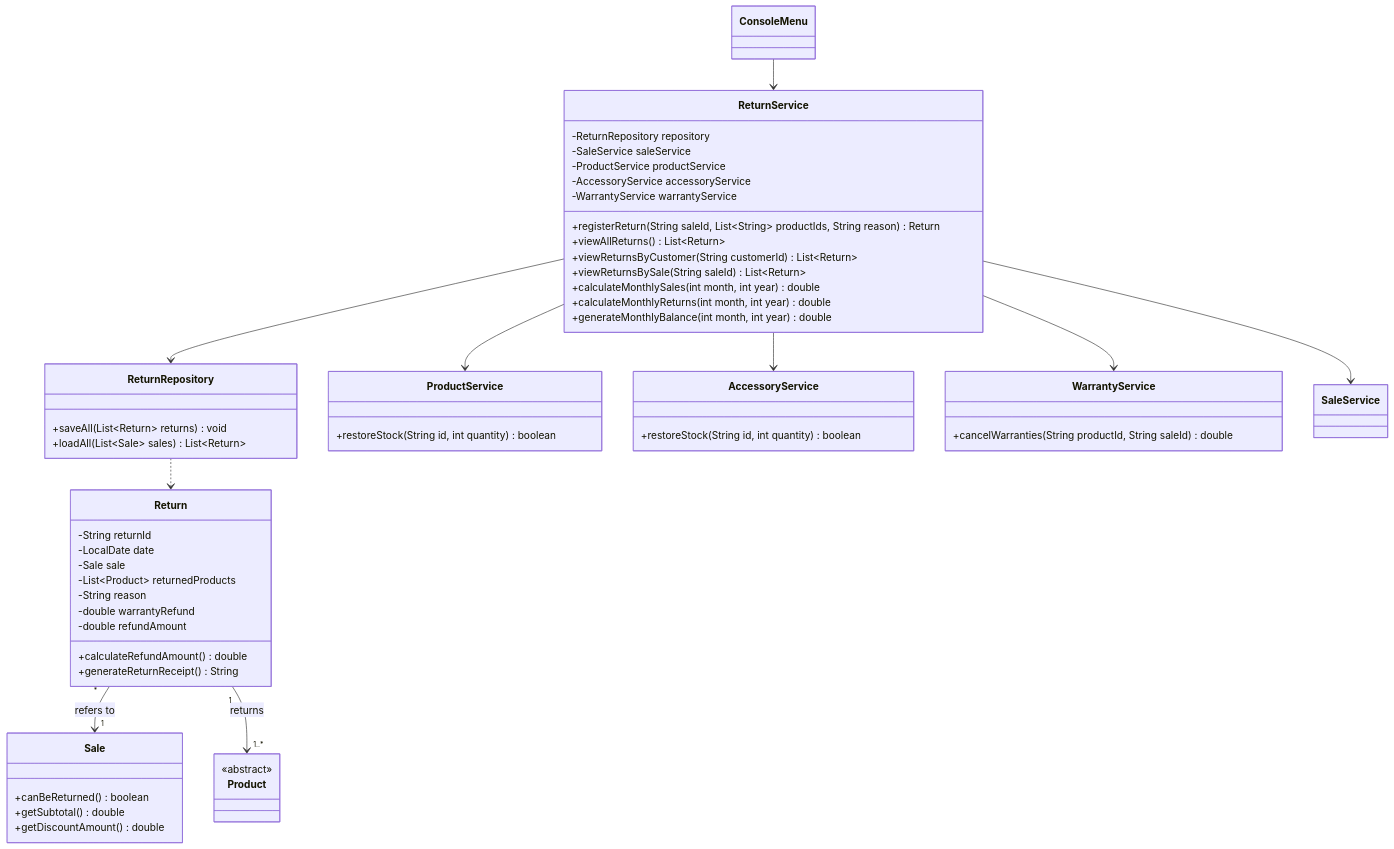
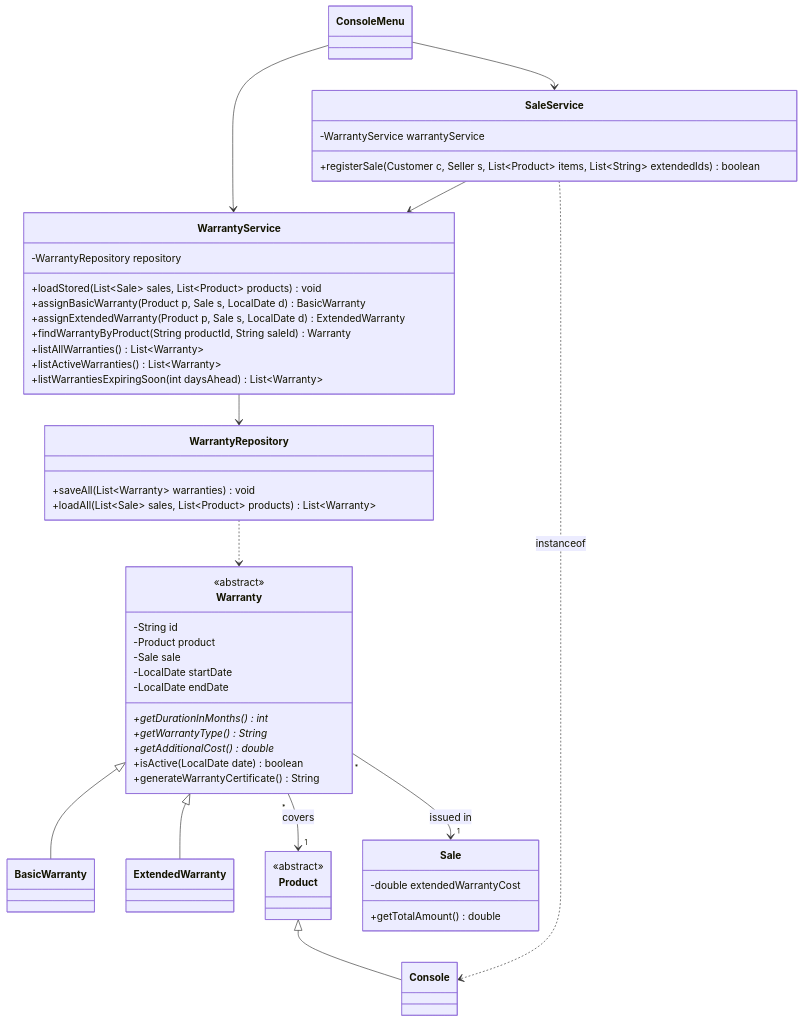
One commit to samueldrangel/GameZoneUnicesar2 changed the diagram in docs/class-diagram.md. Above: the diagram before and after it, drawn with Mermaid.

Commit message:
docs: add Mermaid class diagram for warranty module

````diff
--- a/docs/class-diagram.md
+++ b/docs/class-diagram.md
@@ -1,53 +1,55 @@
 ```mermaid
 classDiagram
-    class Return {
-        -String returnId
-        -LocalDate date
+    class Warranty {
+        <<abstract>>
+        -String id
+        -Product product
         -Sale sale
-        -List~Product~ returnedProducts
-        -String reason
-        -double warrantyRefund
-        -double refundAmount
-        +calculateRefundAmount() double
-        +generateReturnReceipt() String
+        -LocalDate startDate
+        -LocalDate endDate
+        +getDurationInMonths()* int
+        +getWarrantyType()* String
+        +getAdditionalCost()* double
+        +isActive(LocalDate date) boolean
+        +generateWarrantyCertificate() String
+    }
+    class BasicWarranty
+    class ExtendedWarranty
+    class WarrantyRepository {
+        +saveAll(List~Warranty~ warranties) void
+        +loadAll(List~Sale~ sales, List~Product~ products) List~Warranty~
+    }
+    class WarrantyService {
+        -WarrantyRepository repository
+        +loadStored(List~Sale~ sales, List~Product~ products) void
+        +assignBasicWarranty(Product p, Sale s, LocalDate d) BasicWarranty
+        +assignExtendedWarranty(Product p, Sale s, LocalDate d) ExtendedWarranty
+        +findWarrantyByProduct(String productId, String saleId) Warranty
+        +listAllWarranties() List~Warranty~
+        +listActiveWarranties() List~Warranty~
+        +listWarrantiesExpiringSoon(int daysAhead) List~Warranty~
     }
     class Sale {
-        +canBeReturned() boolean
-        +getSubtotal() double
-        +getDiscountAmount() double
+        -double extendedWarrantyCost
+        +getTotalAmount() double
     }
-    class ReturnRepository {
-        +saveAll(List~Return~ returns) void
-        +loadAll(List~Sale~ sales) List~Return~
+    class SaleService {
+        -WarrantyService warrantyService
+        +registerSale(Customer c, Seller s, List~Product~ items, List~String~ extendedIds) boolean
     }
-    class ReturnService {
-        -ReturnRepository repository
-        -SaleService saleService
-        -ProductService productService
-        -AccessoryService accessoryService
-        -WarrantyService warrantyService
-        +registerReturn(String saleId, List~String~ productIds, String reason) Return
-        +viewAllReturns() List~Return~
-        +viewReturnsByCustomer(String customerId) List~Return~
-        +viewReturnsBySale(String saleId) List~Return~
-        +calculateMonthlySales(int month, int year) double
-        +calculateMonthlyReturns(int month, int year) double
-        +generateMonthlyBalance(int month, int year) double
-    }
-    class ProductService { +restoreStock(String id, int quantity) boolean }
-    class AccessoryService { +restoreStock(String id, int quantity) boolean }
-    class WarrantyService { +cancelWarranties(String productId, String saleId) double }
-    class SaleService
     class Product { <<abstract>> }
+    class Console
     class ConsoleMenu
 
-    Return "*" --> "1" Sale : refers to
-    Return "1" --> "1..*" Product : returns
-    ReturnRepository ..> Return
-    ReturnService --> ReturnRepository
-    ReturnService --> SaleService
-    ReturnService --> ProductService
-    ReturnService --> AccessoryService
-    ReturnService --> WarrantyService
-    ConsoleMenu --> ReturnService
+    Warranty <|-- BasicWarranty
+    Warranty <|-- ExtendedWarranty
+    Warranty "*" --> "1" Product : covers
+    Warranty "*" --> "1" Sale : issued in
+    Product <|-- Console
+    WarrantyRepository ..> Warranty
+    WarrantyService --> WarrantyRepository
+    SaleService --> WarrantyService
+    SaleService ..> Console : instanceof
+    ConsoleMenu --> WarrantyService
+    ConsoleMenu --> SaleService
 ```
````
